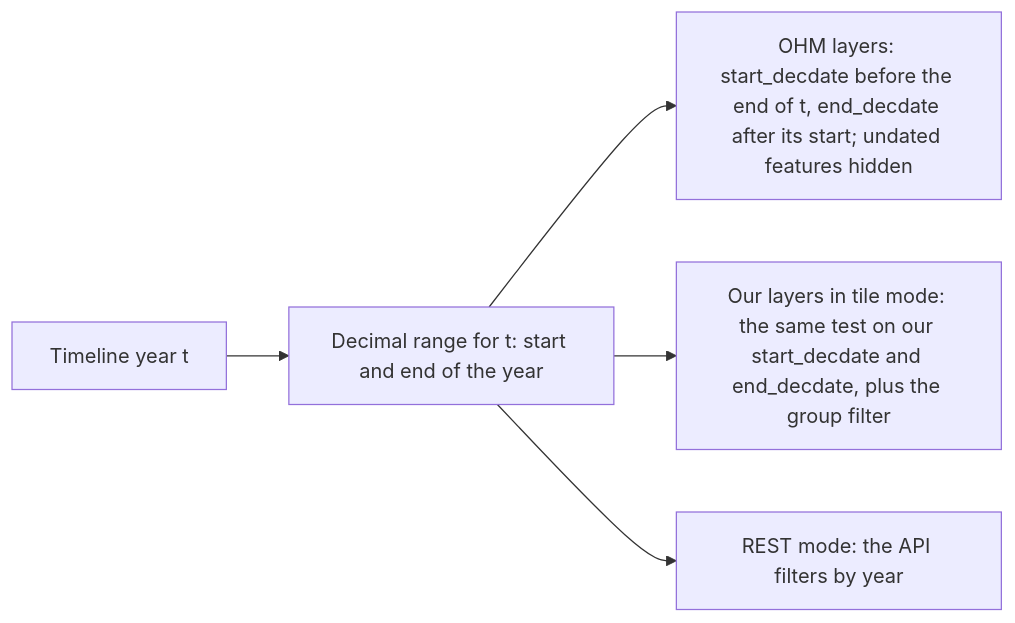
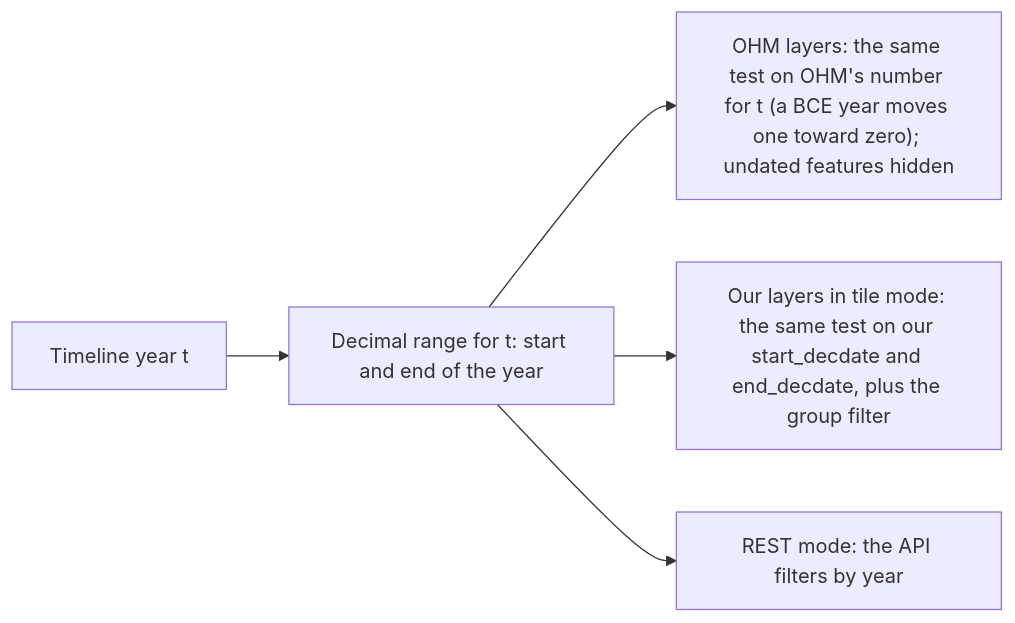
One commit to PickleSoda/history-mapped changed the second of 4 diagrams in docs/architecture/ohm-integration.md. Above: the diagram before and after it, drawn with Mermaid. The commit also changed other lines of this file and 13 other files, not shown here.

First line of the commit message:
fix(map): show OHM's borders for the right BCE year

````diff
--- a/docs/architecture/ohm-integration.md
+++ b/docs/architecture/ohm-integration.md
@@ -74,7 +87,7 @@
 ```mermaid
 flowchart LR
     T["Timeline year t"] --> R["Decimal range for t: start and end of the year"]
-    R --> F1["OHM layers: start_decdate before the end of t, end_decdate after its start; undated features hidden"]
+    R --> F1["OHM layers: the same test on OHM's number for t (a BCE year moves one toward zero); undated features hidden"]
     R --> F2["Our layers in tile mode: the same test on our start_decdate and end_decdate, plus the group filter"]
     R --> F3["REST mode: the API filters by year"]
 ```
````
